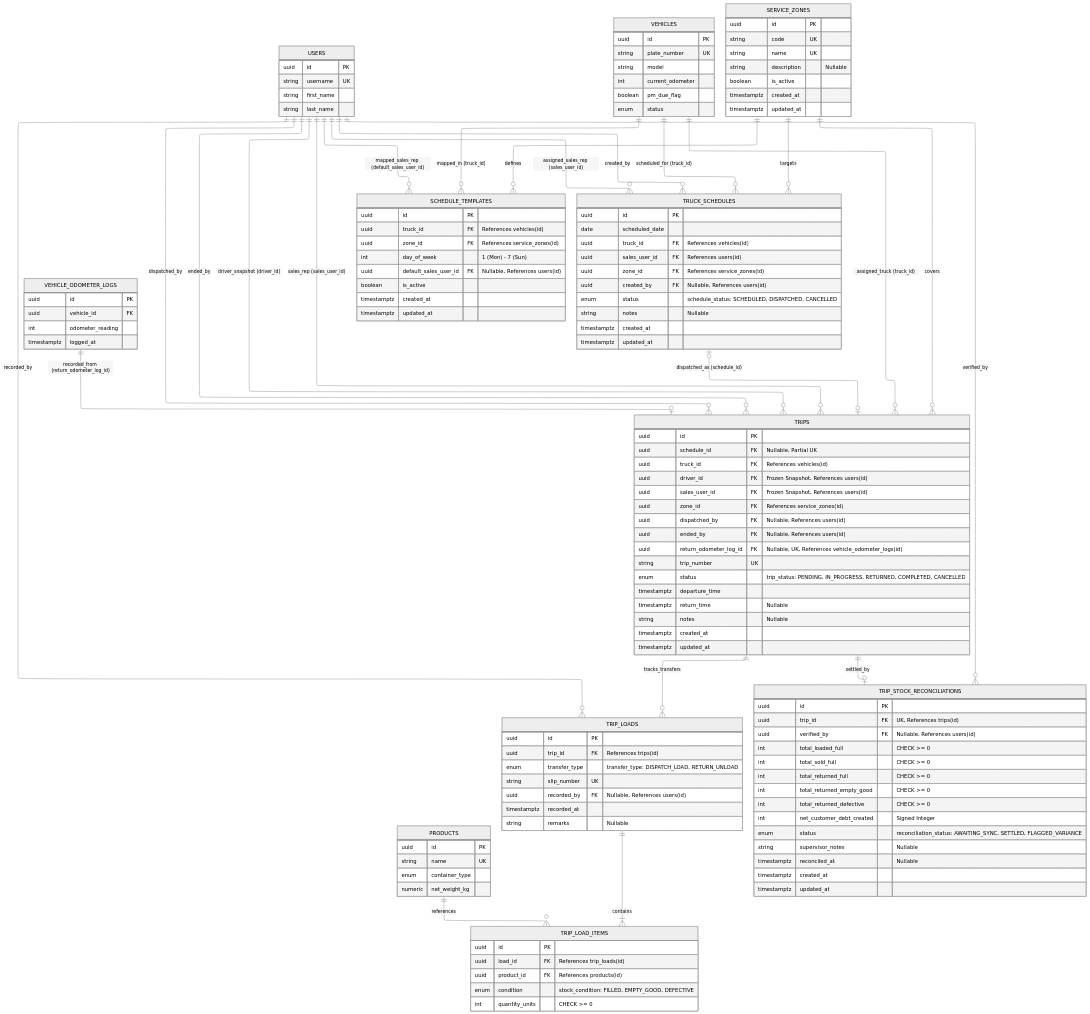
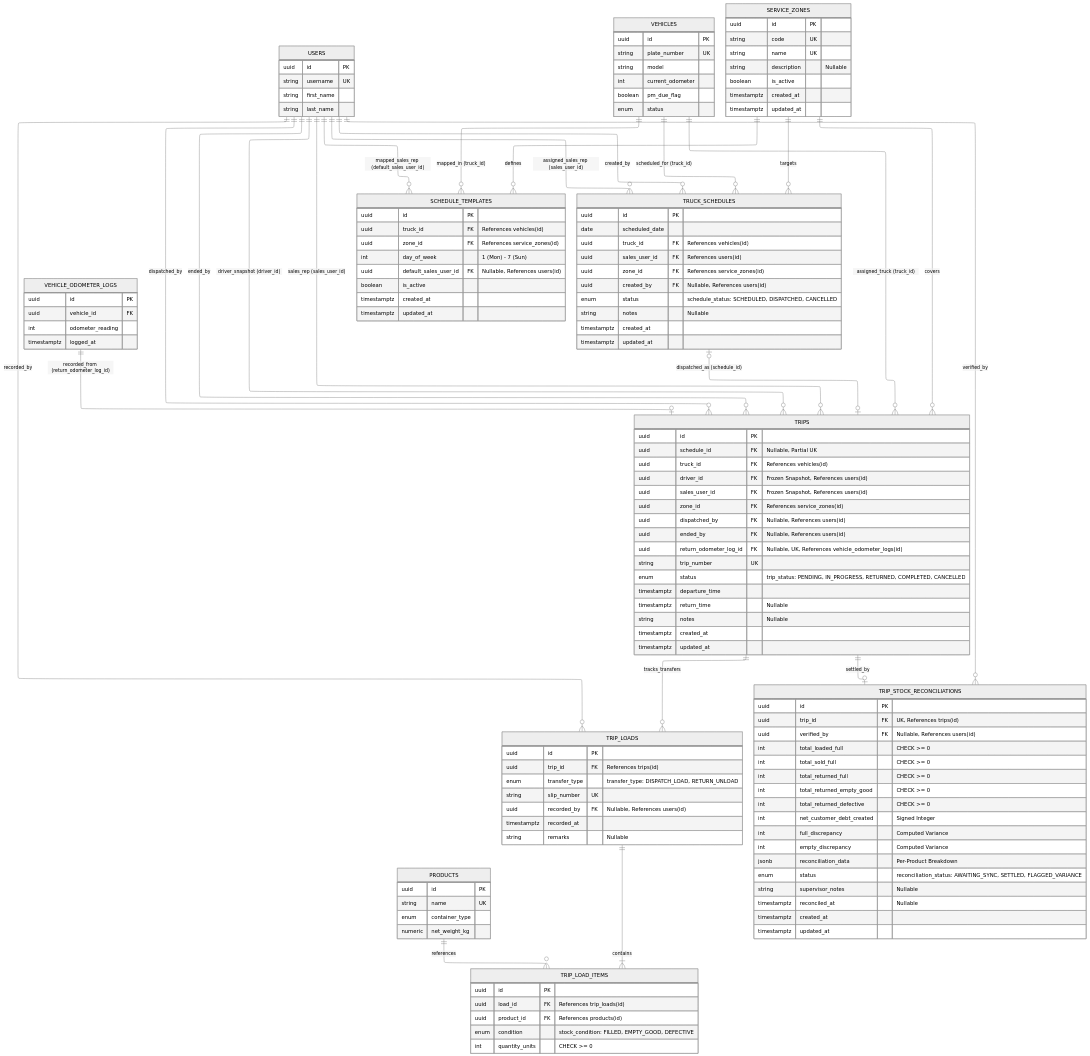
Before and after one commit to madayawgas/madayawgas-backend: the diagram in docs/ERD_mermaid/schedule_and_trip_erd.md, drawn with Mermaid. The commit also changed other lines of this file and 35 other files, not shown here.

```diff
--- a/docs/ERD_mermaid/schedule_and_trip_erd.md
+++ b/docs/ERD_mermaid/schedule_and_trip_erd.md
@@ -152,6 +152,9 @@
         int total_returned_empty_good "CHECK >= 0"
         int total_returned_defective "CHECK >= 0"
         int net_customer_debt_created "Signed Integer"
+        int full_discrepancy "Computed Variance"
+        int empty_discrepancy "Computed Variance"
+        jsonb reconciliation_data "Per-Product Breakdown"
         enum status "reconciliation_status: AWAITING_SYNC, SETTLED, FLAGGED_VARIANCE"
         string supervisor_notes "Nullable"
         timestamptz reconciled_at "Nullable"
```
